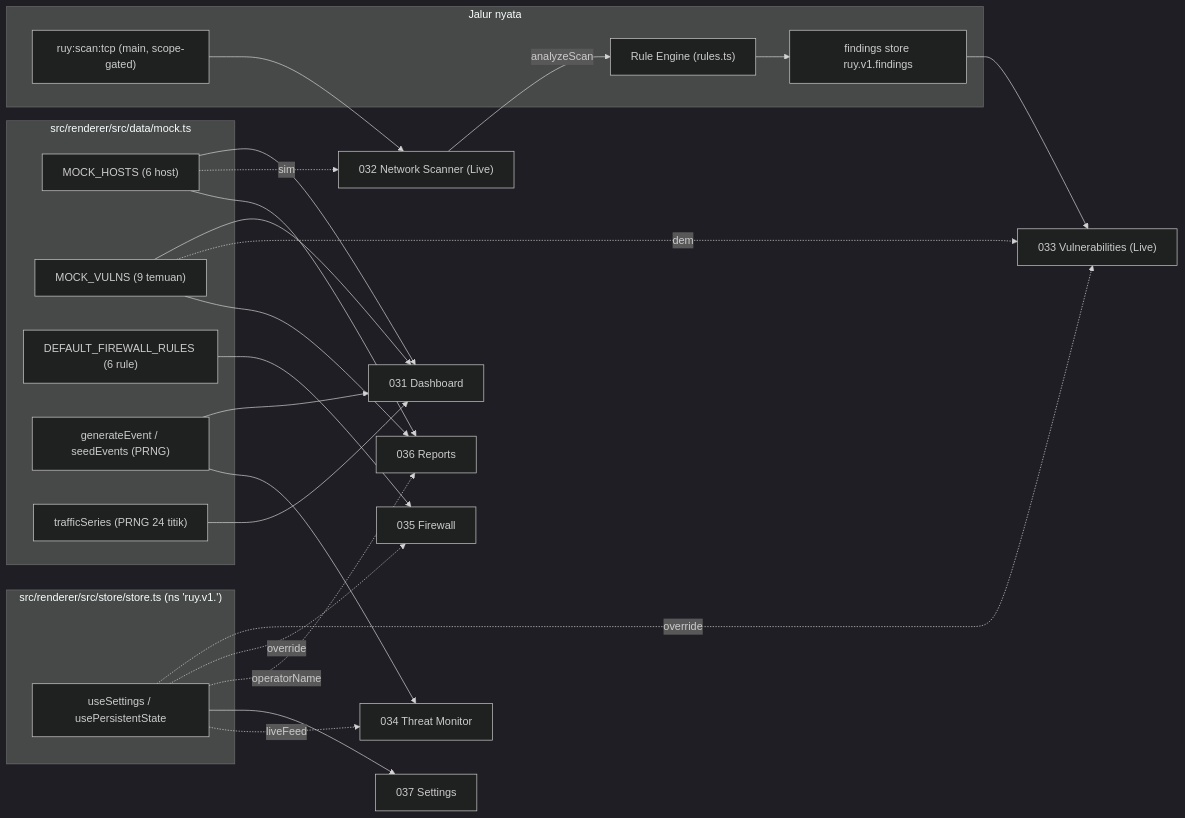
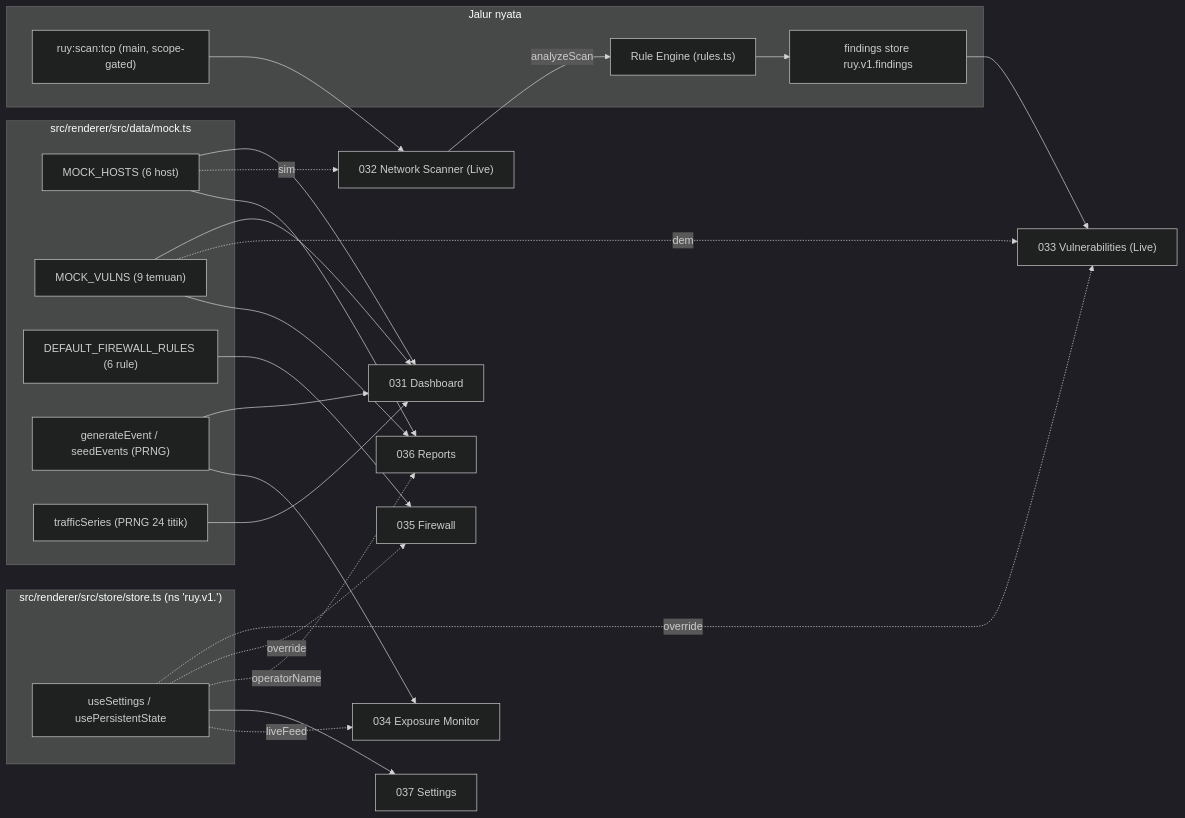
Before and after one commit to AlatBekam/Interu: the diagram in docs/030_operations.md, drawn with Mermaid (dark theme). The commit also changed other lines of this file and 5 other files, not shown here.

Commit message:
docs: Exposure Monitor replaces the simulated Threat Monitor

````diff
--- a/docs/030_operations.md
+++ b/docs/030_operations.md
@@ -29,42 +29,42 @@
 ```mermaid
 flowchart LR
   subgraph data["src/renderer/src/data/mock.ts"]
     H["MOCK_HOSTS (6 host)"]
     V["MOCK_VULNS (9 temuan)"]
     FW["DEFAULT_FIREWALL_RULES (6 rule)"]
     GEN["generateEvent / seedEvents (PRNG)"]
     TR["trafficSeries (PRNG 24 titik)"]
   end
 
   subgraph real["Jalur nyata"]
     IPC["ruy:scan:tcp (main, scope-gated)"]
     RE["Rule Engine (rules.ts)"]
     FS["findings store ruy.v1.findings"]
   end
 
   H --> DASH["031 Dashboard"]
   V --> DASH
   GEN --> DASH
   TR --> DASH
 
   IPC --> SCAN["032 Network Scanner (Live)"]
   H -.sim.-> SCAN
   SCAN -- "analyzeScan" --> RE
   RE --> FS
   FS --> VULN["033 Vulnerabilities (Live)"]
   V -.demo.-> VULN
-  GEN --> THR["034 Threat Monitor"]
+  GEN --> THR["034 Exposure Monitor"]
   FW --> FWP["035 Firewall"]
   H --> REP["036 Reports"]
   V --> REP
 
   subgraph store["src/renderer/src/store/store.ts (ns 'ruy.v1.')"]
     ST["useSettings / usePersistentState"]
   end
 
   ST -.override.-> VULN
   ST -.override.-> FWP
   ST -.operatorName.-> REP
   ST --> SET["037 Settings"]
   ST -.liveFeed.-> THR
 ```
````
